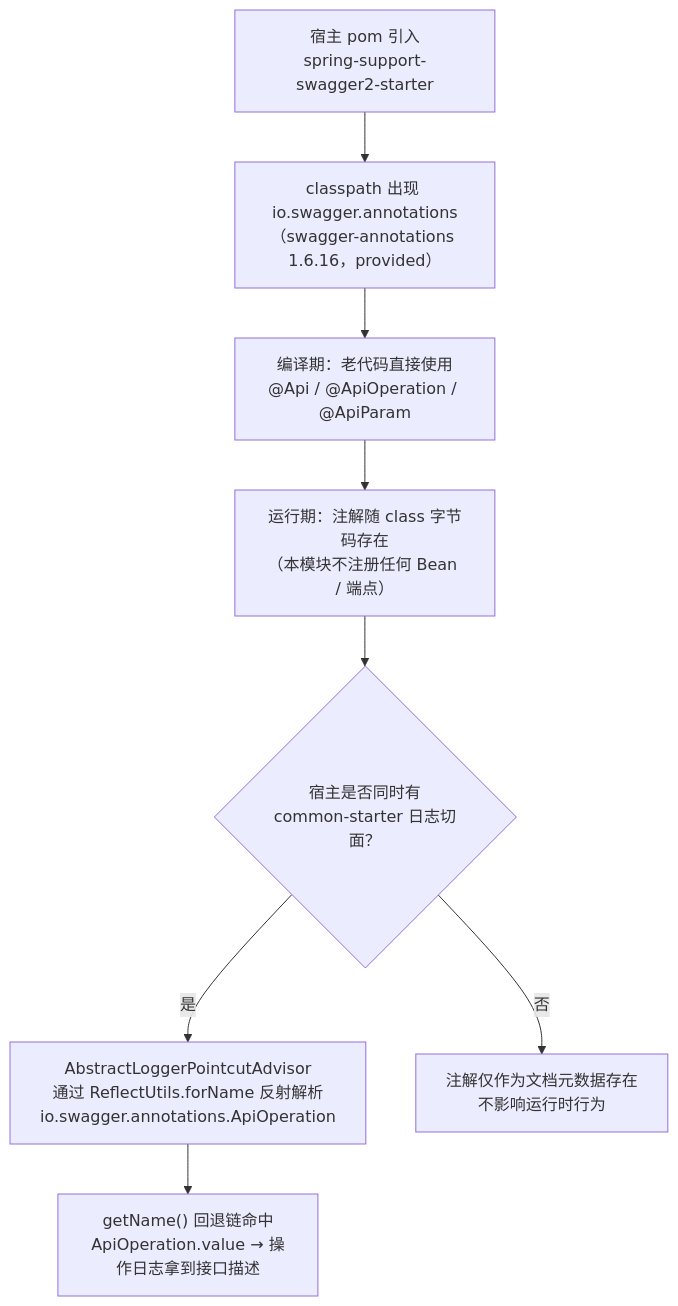
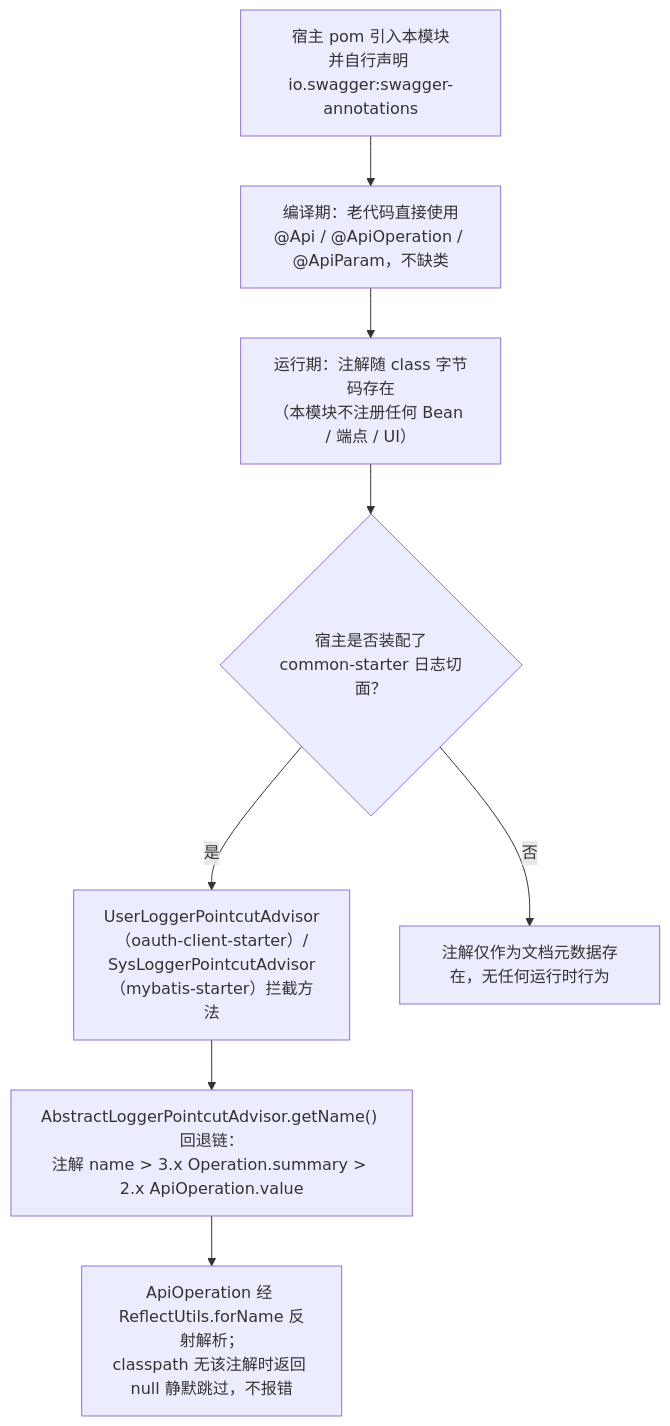
Before and after one commit to CHTK001/spring-support-parent-starter: the second of 2 diagrams in spring-support-swagger2-starter/README.md, drawn with Mermaid. The commit also changed other lines of this file and 54 other files, not shown here.

````diff
--- a/spring-support-swagger2-starter/README.md
+++ b/spring-support-swagger2-starter/README.md
@@ -66,10 +55,10 @@
 ```mermaid
 flowchart TB
-    A["宿主 pom 引入<br/>spring-support-swagger2-starter"] --> B["classpath 出现 io.swagger.annotations<br/>（swagger-annotations 1.6.16，provided）"]
-    B --> C["编译期：老代码直接使用<br/>@Api / @ApiOperation / @ApiParam"]
-    C --> D["运行期：注解随 class 字节码存在<br/>（本模块不注册任何 Bean / 端点）"]
-    D --> E{"宿主是否同时有<br/>common-starter 日志切面？"}
-    E -->|是| F["AbstractLoggerPointcutAdvisor<br/>通过 ReflectUtils.forName 反射解析<br/>io.swagger.annotations.ApiOperation"]
-    F --> G["getName() 回退链命中<br/>ApiOperation.value → 操作日志拿到接口描述"]
-    E -->|否| H["注解仅作为文档元数据存在<br/>不影响运行时行为"]
+    A["宿主 pom 引入本模块<br/>并自行声明 io.swagger:swagger-annotations"] --> B["编译期：老代码直接使用<br/>@Api / @ApiOperation / @ApiParam，不缺类"]
+    B --> C["运行期：注解随 class 字节码存在<br/>（本模块不注册任何 Bean / 端点 / UI）"]
+    C --> D{"宿主是否装配了<br/>common-starter 日志切面？"}
+    D -->|是| E["UserLoggerPointcutAdvisor（oauth-client-starter）/<br/>SysLoggerPointcutAdvisor（mybatis-starter）拦截方法"]
+    E --> F["AbstractLoggerPointcutAdvisor.getName() 回退链：<br/>注解 name > 3.x Operation.summary > 2.x ApiOperation.value"]
+    F --> G["ApiOperation 经 ReflectUtils.forName 反射解析；<br/>classpath 无该注解时返回 null 静默跳过，不报错"]
+    D -->|否| H["注解仅作为文档元数据存在，无任何运行时行为"]
 ```
````
